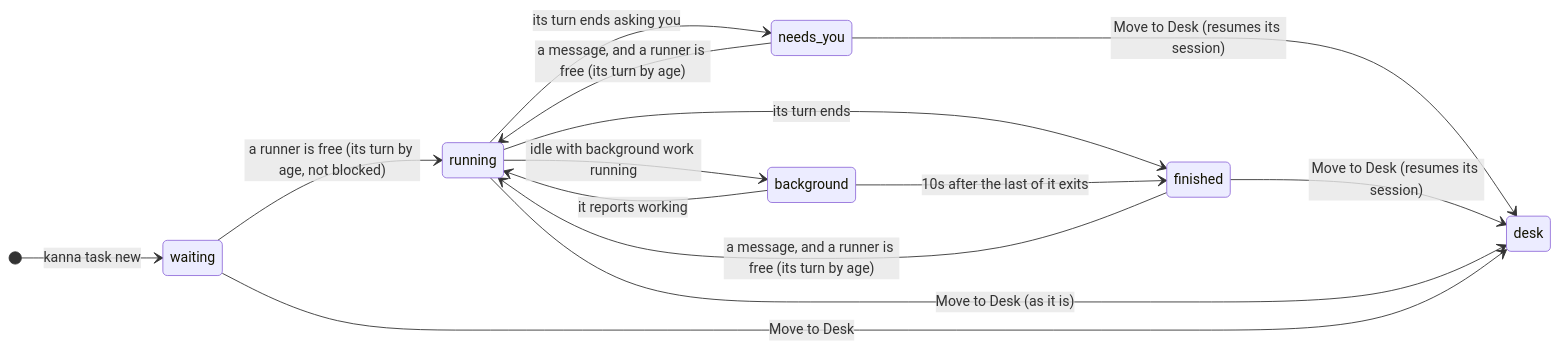
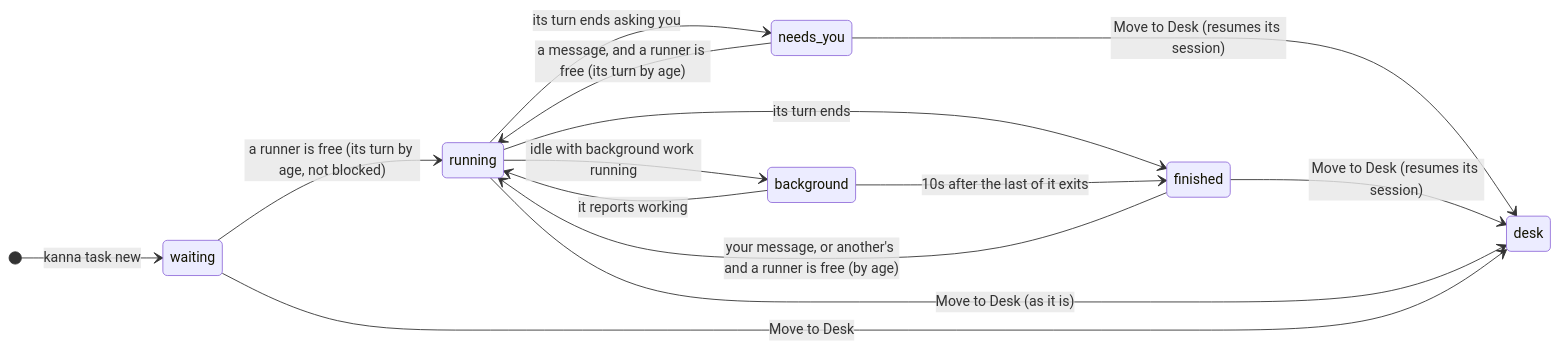
Before and after one commit to tampopogk/kanna: the first of 2 diagrams in docs/specs/shelf-runners.md, drawn with Mermaid. The commit also changed other lines of this file and 4 other files, not shown here.

First line of the commit message:
A message you type runs a stopped Shelf task at once, past the runners' limit, and the phone says a message waits while its task is stopped

````diff
--- a/docs/specs/shelf-runners.md
+++ b/docs/specs/shelf-runners.md
@@ -17,17 +17,17 @@
 ```mermaid
 stateDiagram-v2
     direction LR
     [*] --> waiting: kanna task new
     waiting --> running: a runner is free (its turn by age, not blocked)
     running --> needs_you: its turn ends asking you
     running --> finished: its turn ends
     needs_you --> running: a message, and a runner is free (its turn by age)
-    finished --> running: a message, and a runner is free (its turn by age)
+    finished --> running: your message, or another's and a runner is free (by age)
     running --> background: idle with background work running
     background --> running: it reports working
     background --> finished: 10s after the last of it exits
     needs_you --> desk: Move to Desk (resumes its session)
     finished --> desk: Move to Desk (resumes its session)
     running --> desk: Move to Desk (as it is)
     waiting --> desk: Move to Desk
 ```
````
